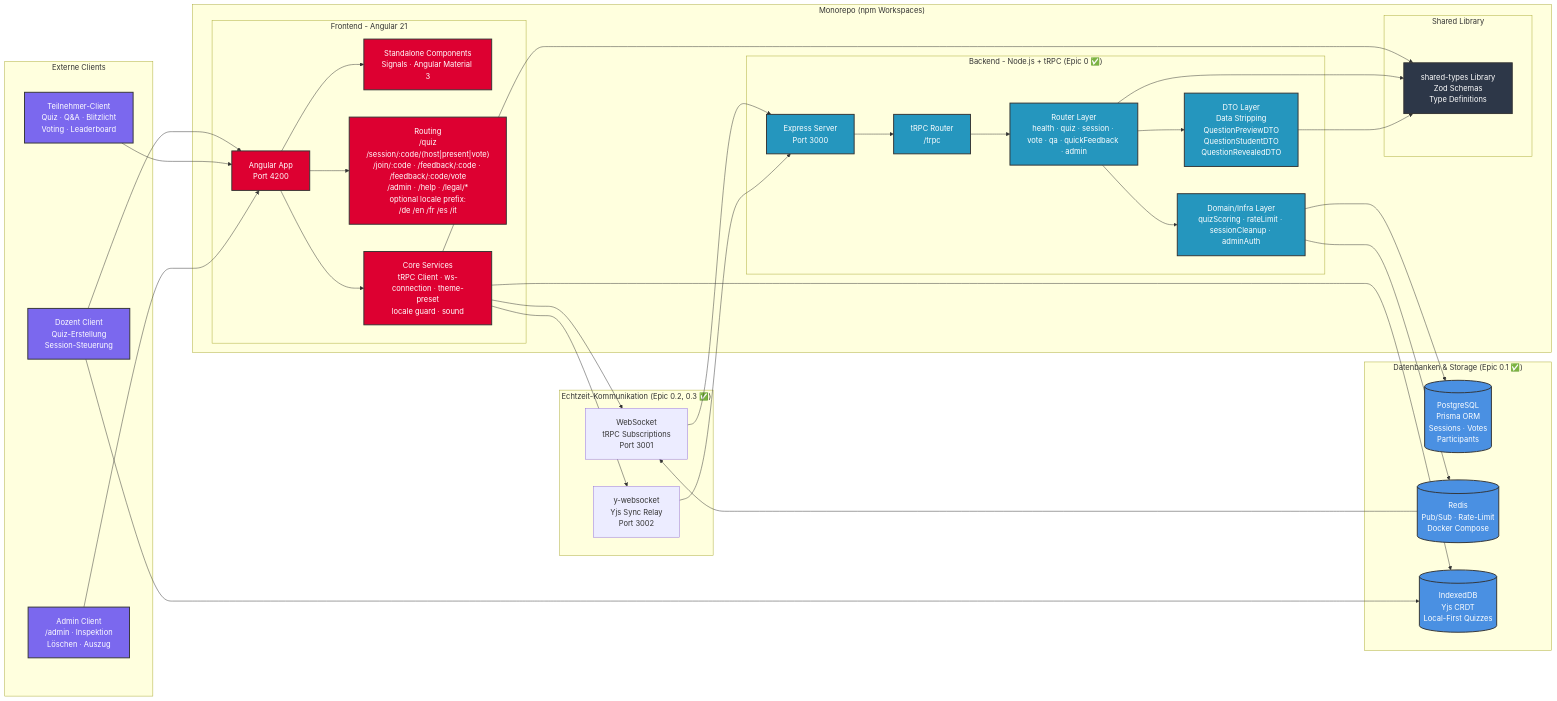
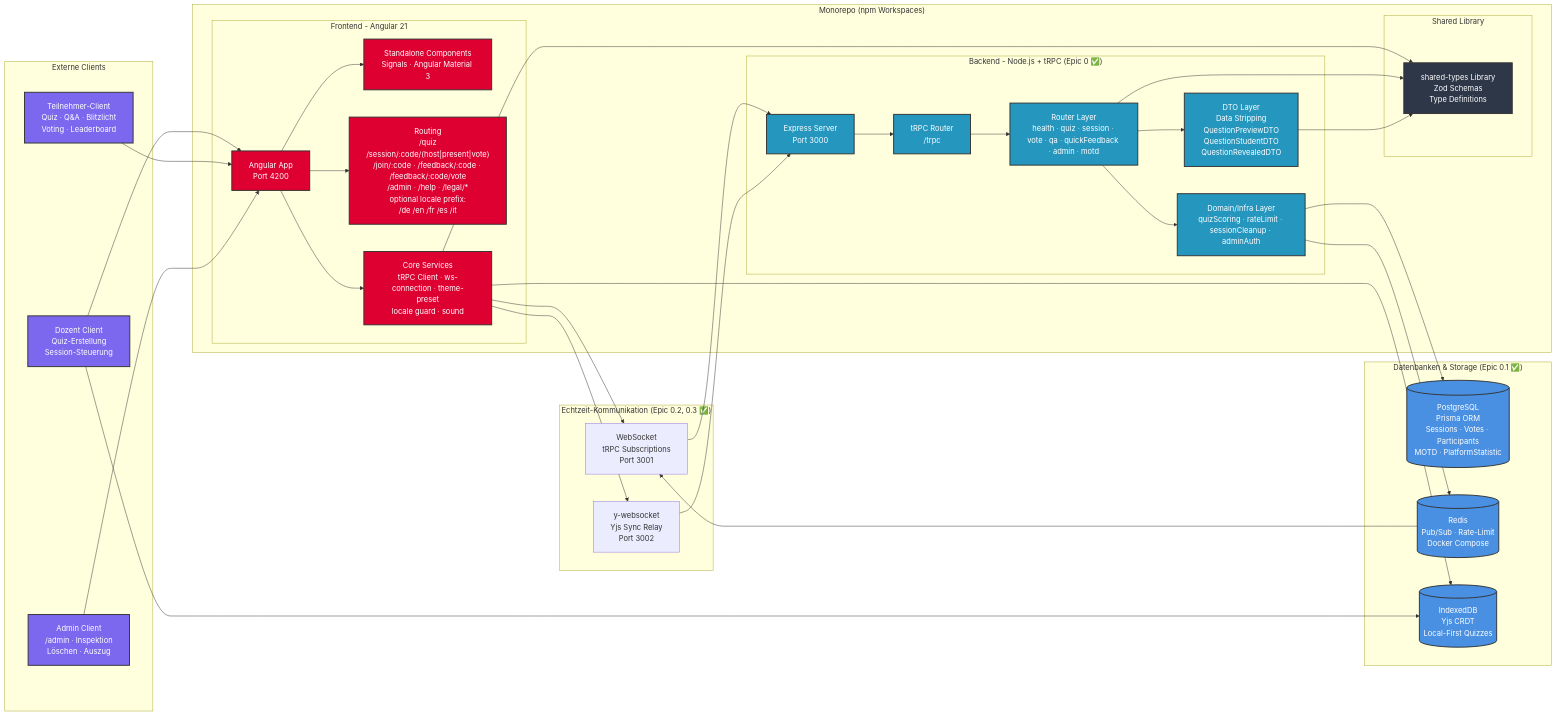
Before and after one commit to kqc-real/arsnova.eu: the first of 12 diagrams in docs/diagrams/architecture-overview.md, drawn with Mermaid. The commit also changed other lines of this file and 29 other files, not shown here.

```diff
--- a/docs/diagrams/architecture-overview.md
+++ b/docs/diagrams/architecture-overview.md
@@ -24,7 +24,7 @@
         subgraph "Backend - Node.js + tRPC (Epic 0 ✅)"
             BE[Express Server<br/>Port 3000]
             TRPC["tRPC Router<br/>/trpc"]
-            ROUTERS[Router Layer<br/>health · quiz · session · vote · qa · quickFeedback · admin]
+            ROUTERS[Router Layer<br/>health · quiz · session · vote · qa · quickFeedback · admin · motd]
             SERVICES[Domain/Infra Layer<br/>quizScoring · rateLimit · sessionCleanup · adminAuth]
             DTO[DTO Layer<br/>Data Stripping<br/>QuestionPreviewDTO<br/>QuestionStudentDTO<br/>QuestionRevealedDTO]
         end
@@ -35,7 +35,7 @@
     end
 
     subgraph "Datenbanken & Storage (Epic 0.1 ✅)"
-        PG[(PostgreSQL<br/>Prisma ORM<br/>Sessions · Votes<br/>Participants)]
+        PG[(PostgreSQL<br/>Prisma ORM<br/>Sessions · Votes · Participants<br/>MOTD · PlatformStatistic)]
         REDIS[(Redis<br/>Pub/Sub · Rate-Limit<br/>Docker Compose)]
         IDB[(IndexedDB<br/>Yjs CRDT<br/>Local-First Quizzes)]
     end
```
